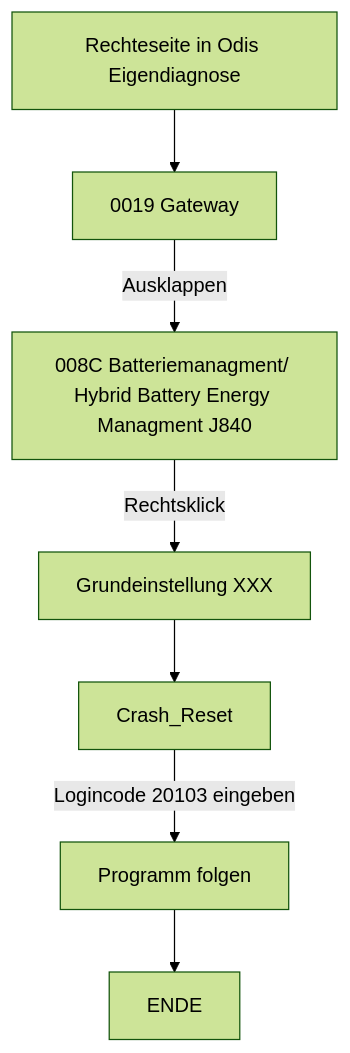
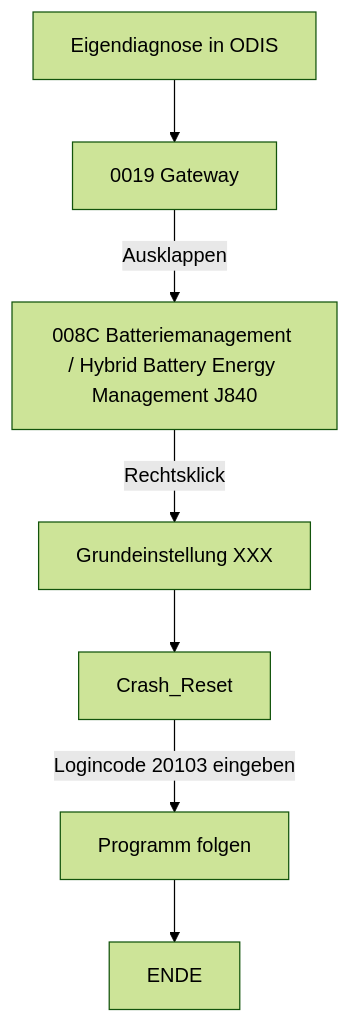
The second of 2 diagrams in README.md (Marco-Polo20/Audi-E-Tron-GT-HV-Reset), drawn with Mermaid (forest theme) before and after one commit. The commit also changed other lines of this file, not shown here.

````diff
--- a/README.md
+++ b/README.md
@@ -106,10 +120,9 @@
 ```mermaid
 flowchart TD
-    A["Rechteseite in Odis" Eigendiagnose] --> B[0019 Gateway]
-    B -->|Ausklappen| C[008C Batteriemanagment/ Hybrid Battery Energy Managment J840]
+    A["Eigendiagnose in ODIS"] --> B[0019 Gateway]
+    B -->|Ausklappen| C[008C Batteriemanagement / Hybrid Battery Energy Management J840]
     C -->|Rechtsklick| D[Grundeinstellung XXX]
     D --> E[Crash_Reset]
-    E --> |Logincode 20103 eingeben| F[Programm folgen]
+    E -->|Logincode 20103 eingeben| F[Programm folgen]
     F --> G[ENDE]
-
 ```
````
